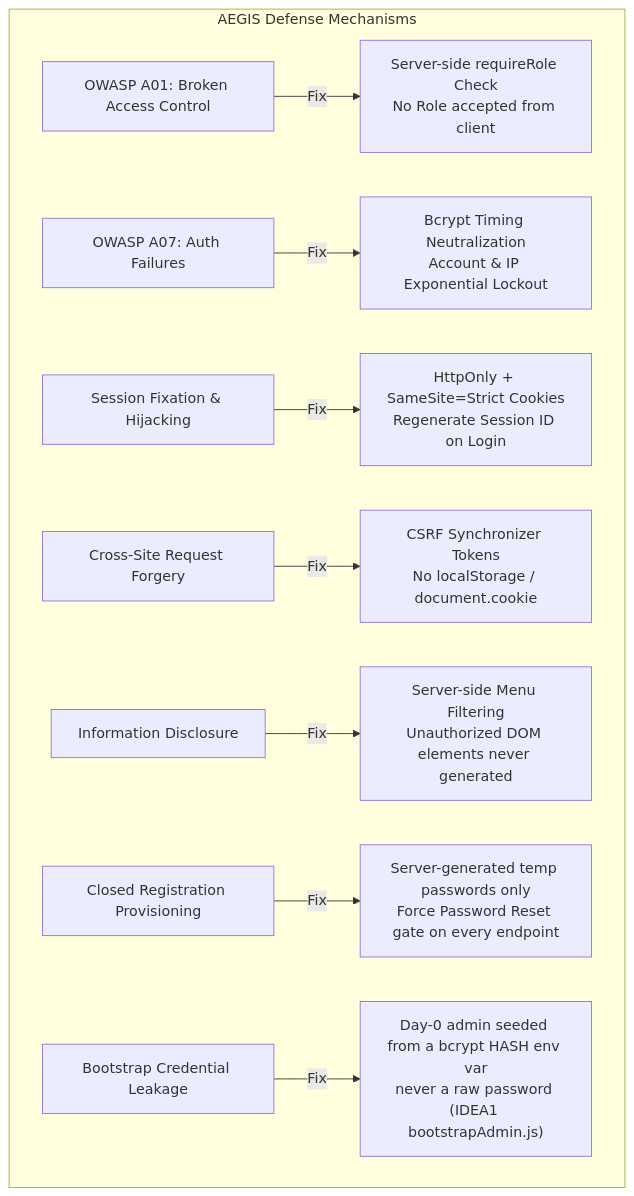
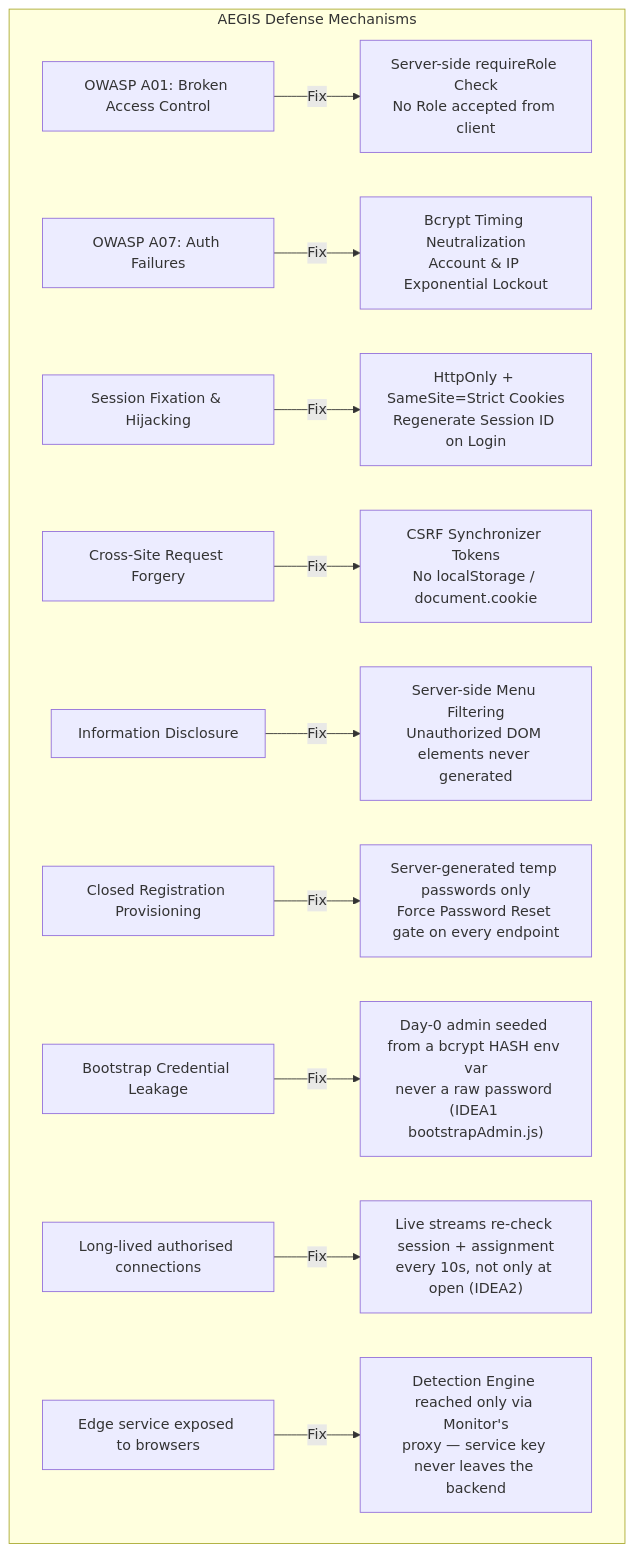
Before and after one commit to kraveerachat/Project-End-The-AEGIS: the first of 2 diagrams in Obsidian_AEGIS_Vault/AEGIS_Knowledge/05 - 🛡️ Security Architecture.md, drawn with Mermaid. The commit also changed other lines of this file and 63 other files, not shown here.

````diff
--- a/Obsidian_AEGIS_Vault/AEGIS_Knowledge/05 - 🛡️ Security Architecture.md
+++ b/Obsidian_AEGIS_Vault/AEGIS_Knowledge/05 - 🛡️ Security Architecture.md
@@ -17,12 +17,14 @@
 ```mermaid
 graph TD
     subgraph SecurityShield [AEGIS Defense Mechanisms]
         A[OWASP A01: Broken Access Control] -->|Fix| A_Fix["Server-side requireRole Check<br/>No Role accepted from client"]
         B[OWASP A07: Auth Failures] -->|Fix| B_Fix["Bcrypt Timing Neutralization<br/>Account & IP Exponential Lockout"]
         C[Session Fixation & Hijacking] -->|Fix| C_Fix["HttpOnly + SameSite=Strict Cookies<br/>Regenerate Session ID on Login"]
         D[Cross-Site Request Forgery] -->|Fix| D_Fix["CSRF Synchronizer Tokens<br/>No localStorage / document.cookie"]
         E[Information Disclosure] -->|Fix| E_Fix["Server-side Menu Filtering<br/>Unauthorized DOM elements never generated"]
         F[Closed Registration Provisioning] -->|Fix| F_Fix["Server-generated temp passwords only<br/>Force Password Reset gate on every endpoint"]
         G[Bootstrap Credential Leakage] -->|Fix| G_Fix["Day-0 admin seeded from a bcrypt HASH env var<br/>never a raw password (IDEA1 bootstrapAdmin.js)"]
+        H[Long-lived authorised connections] -->|Fix| H_Fix["Live streams re-check session + assignment<br/>every 10s, not only at open (IDEA2)"]
+        I[Edge service exposed to browsers] -->|Fix| I_Fix["Detection Engine reached only via Monitor's<br/>proxy — service key never leaves the backend"]
     end
 ```
````
